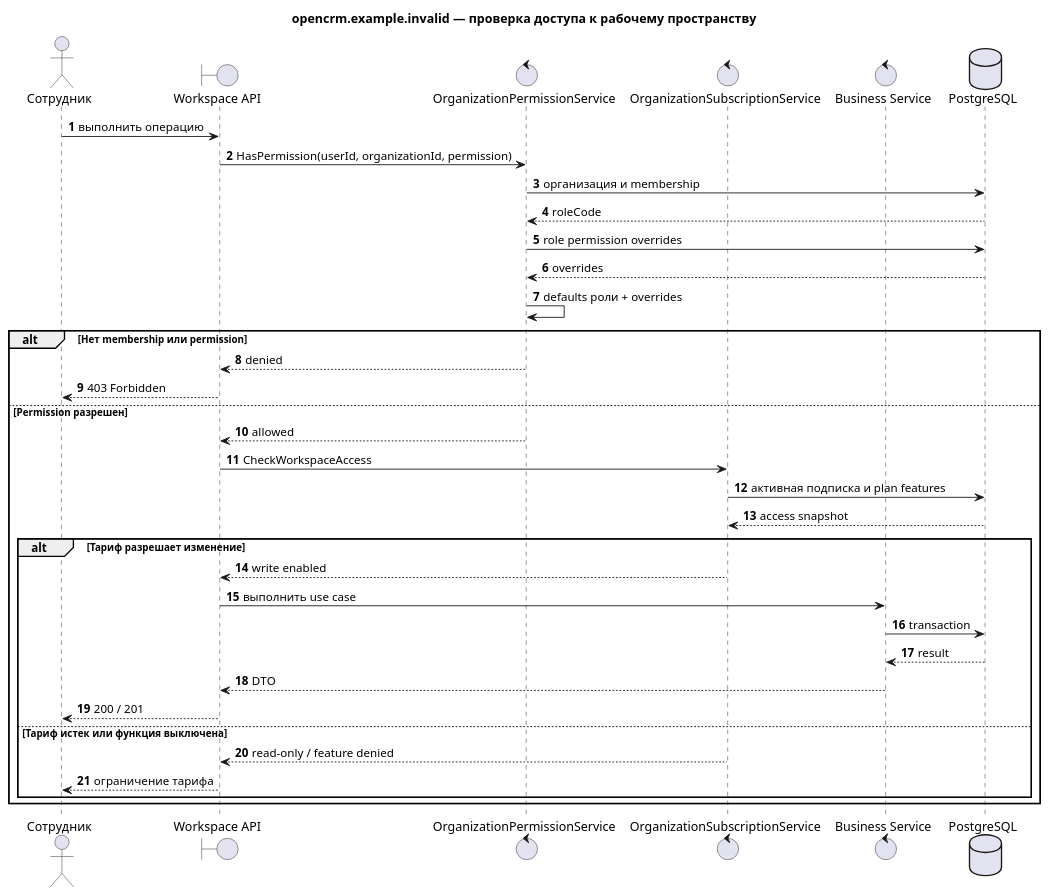
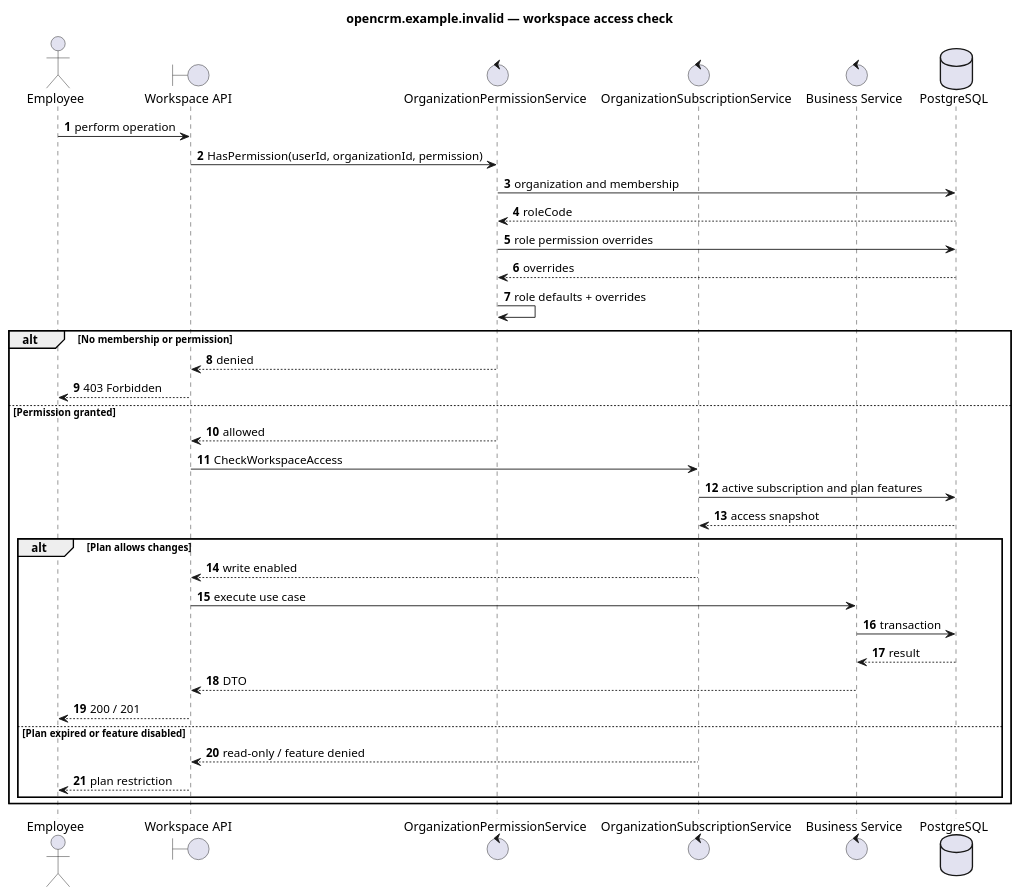
One commit to eddchervov/OpenCRM changed the diagram in docs/uml/workspace-access-sequence.puml. Above: the diagram before and after it, drawn with PlantUML. The commit also changed 139 other files, not shown here.

```diff
--- a/docs/uml/workspace-access-sequence.puml
+++ b/docs/uml/workspace-access-sequence.puml
@@ -1,42 +1,42 @@
 @startuml workspace_access_sequence
-title opencrm.example.invalid — проверка доступа к рабочему пространству
+title opencrm.example.invalid — workspace access check
 
 autonumber
-actor "Сотрудник" as Employee
+actor "Employee" as Employee
 boundary "Workspace API" as Api
 control "OrganizationPermissionService" as Permissions
 control "OrganizationSubscriptionService" as Subscription
 control "Business Service" as Service
 database "PostgreSQL" as Db
 
-Employee -> Api : выполнить операцию
+Employee -> Api : perform operation
 Api -> Permissions : HasPermission(userId, organizationId, permission)
-Permissions -> Db : организация и membership
+Permissions -> Db : organization and membership
 Db --> Permissions : roleCode
 Permissions -> Db : role permission overrides
 Db --> Permissions : overrides
-Permissions -> Permissions : defaults роли + overrides
+Permissions -> Permissions : role defaults + overrides
 
-alt Нет membership или permission
+alt No membership or permission
   Permissions --> Api : denied
   Api --> Employee : 403 Forbidden
-else Permission разрешен
+else Permission granted
   Permissions --> Api : allowed
   Api -> Subscription : CheckWorkspaceAccess
-  Subscription -> Db : активная подписка и plan features
+  Subscription -> Db : active subscription and plan features
   Db --> Subscription : access snapshot
 
-  alt Тариф разрешает изменение
+  alt Plan allows changes
     Subscription --> Api : write enabled
-    Api -> Service : выполнить use case
+    Api -> Service : execute use case
     Service -> Db : transaction
     Db --> Service : result
     Service --> Api : DTO
     Api --> Employee : 200 / 201
-  else Тариф истек или функция выключена
+  else Plan expired or feature disabled
     Subscription --> Api : read-only / feature denied
-    Api --> Employee : ограничение тарифа
+    Api --> Employee : plan restriction
   end
 end
 
 @enduml
```
